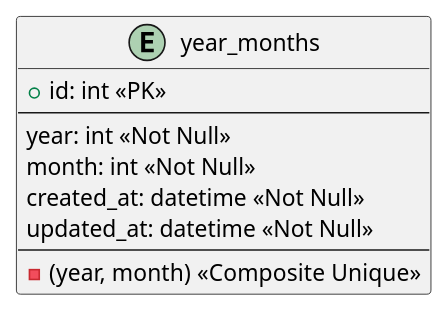
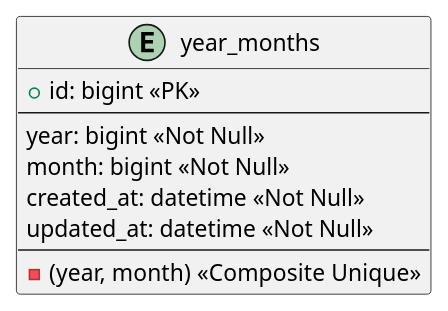
The diagram in Plantuml/tables/year_months.puml (ZoveRKI/BookKeeping), drawn with PlantUML before and after one commit. The commit also changed 7 other files, not shown here.

```diff
--- a/Plantuml/tables/year_months.puml
+++ b/Plantuml/tables/year_months.puml
@@ -1,14 +1,14 @@
 @startuml year_months
 
 entity "year_months" as year_months {
-    + id: int <<PK>>
+    + id: bigint <<PK>>
     --
-    year: int <<Not Null>>
-    month: int <<Not Null>>
+    year: bigint <<Not Null>>
+    month: bigint <<Not Null>>
     created_at: datetime <<Not Null>>
     updated_at: datetime <<Not Null>>
     --
     - (year, month) <<Composite Unique>>
 }
 
 @enduml
```
